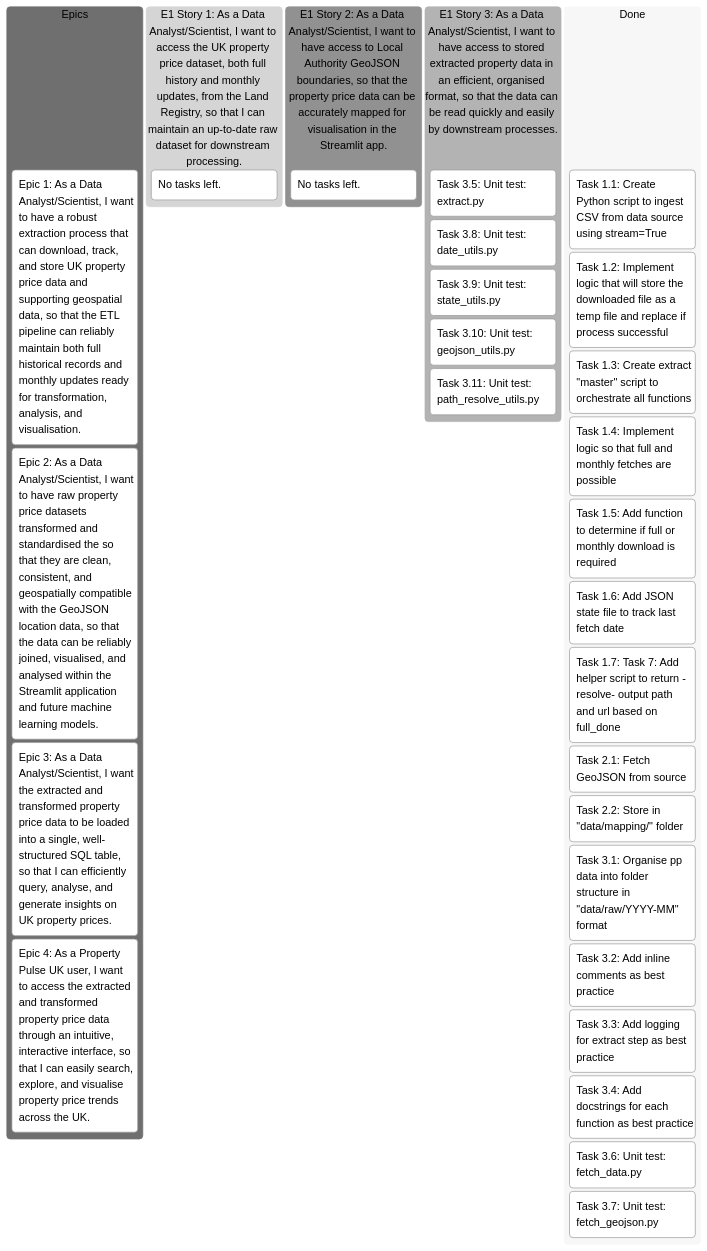
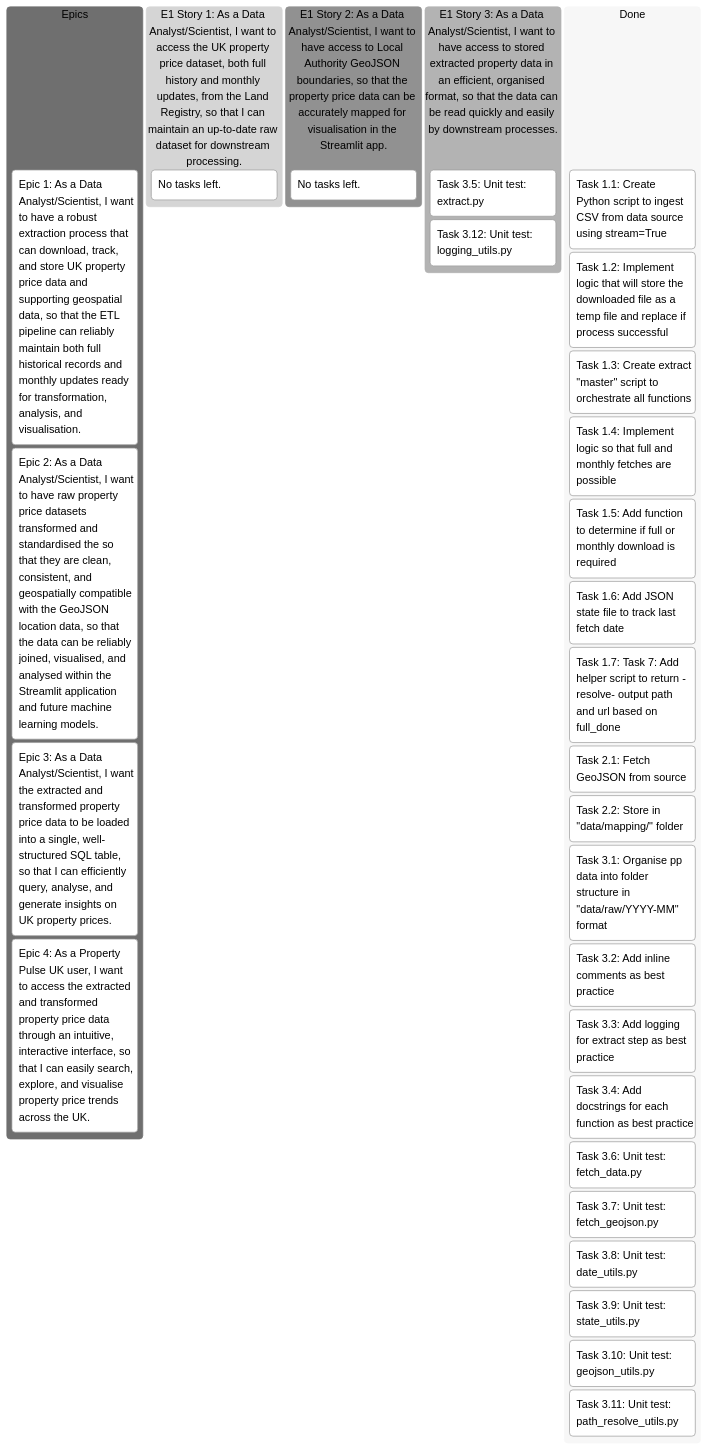
One commit to pavlekovic/property-pulse-uk changed the first of 2 diagrams in README.md. Above: the diagram before and after it, drawn with Mermaid (neutral theme).

````diff
--- a/README.md
+++ b/README.md
@@ -179,42 +179,44 @@
 ```mermaid
 kanban
     Epics
         (Epic 1: As a Data Analyst/Scientist, I want to have a robust extraction process that can download, track, and store UK property price data and supporting geospatial data, so that the ETL pipeline can reliably maintain both full historical records and monthly updates ready for transformation, analysis, and visualisation.)
 
         (Epic 2: As a Data Analyst/Scientist, I want to have raw property price datasets transformed and standardised the so that they are clean, consistent, and geospatially compatible with the GeoJSON location data, so that the data can be reliably joined, visualised, and analysed within the Streamlit application and future machine learning models.)
 
         (Epic 3: As a Data Analyst/Scientist, I want the extracted and transformed property price data to be loaded into a single, well-structured SQL table, so that I can efficiently query, analyse, and generate insights on UK property prices.)
 
         (Epic 4: As a Property Pulse UK user, I want to access the extracted and transformed property price data through an intuitive, interactive interface, so that I can easily search, explore, and visualise property price trends across the UK.)
 
     (E1 Story 1: As a Data Analyst/Scientist, I want to access the UK property price dataset, both full history and monthly updates, from the Land Registry, so that I can maintain an up-to-date raw dataset for downstream processing.)
         No tasks left.
 
     (E1 Story 2: As a Data Analyst/Scientist, I want to have access to Local Authority GeoJSON boundaries, so that the property price data can be accurately mapped for visualisation in the Streamlit app.)
         No tasks left.
 
     (E1 Story 3: As a Data Analyst/Scientist, I want to have access to stored extracted property data in an efficient, organised format, so that the data can be read quickly and easily by downstream processes.)
         Task 3.5: Unit test: extract.py
-        Task 3.8: Unit test: date_utils.py
-        Task 3.9: Unit test: state_utils.py
-        Task 3.10: Unit test: geojson_utils.py
-        Task 3.11: Unit test: path_resolve_utils.py
+        Task 3.12: Unit test: logging_utils.py
+        
         
     Done
         Task 1.1: Create Python script to ingest CSV from data source using stream=True
         Task 1.2: Implement logic that will store the downloaded file as a temp file and replace if process successful
         Task 1.3: Create extract "master" script to orchestrate all functions
         Task 1.4: Implement logic so that full and monthly fetches are possible
         Task 1.5: Add function to determine if full or monthly download is required
         Task 1.6: Add JSON state file to track last fetch date
         Task 1.7: Task 7: Add helper script to return -resolve- output path and url based on full_done
         Task 2.1: Fetch GeoJSON from source
         Task 2.2: Store in "data/mapping/" folder
         Task 3.1: Organise pp data into folder structure in "data/raw/YYYY-MM" format
         Task 3.2: Add inline comments as best practice
         Task 3.3: Add logging for extract step as best practice
         Task 3.4: Add docstrings for each function as best practice
         Task 3.6: Unit test: fetch_data.py
         Task 3.7: Unit test: fetch_geojson.py
+        Task 3.8: Unit test: date_utils.py
+        Task 3.9: Unit test: state_utils.py
+        Task 3.10: Unit test: geojson_utils.py
+        Task 3.11: Unit test: path_resolve_utils.py
      
 ```
````
